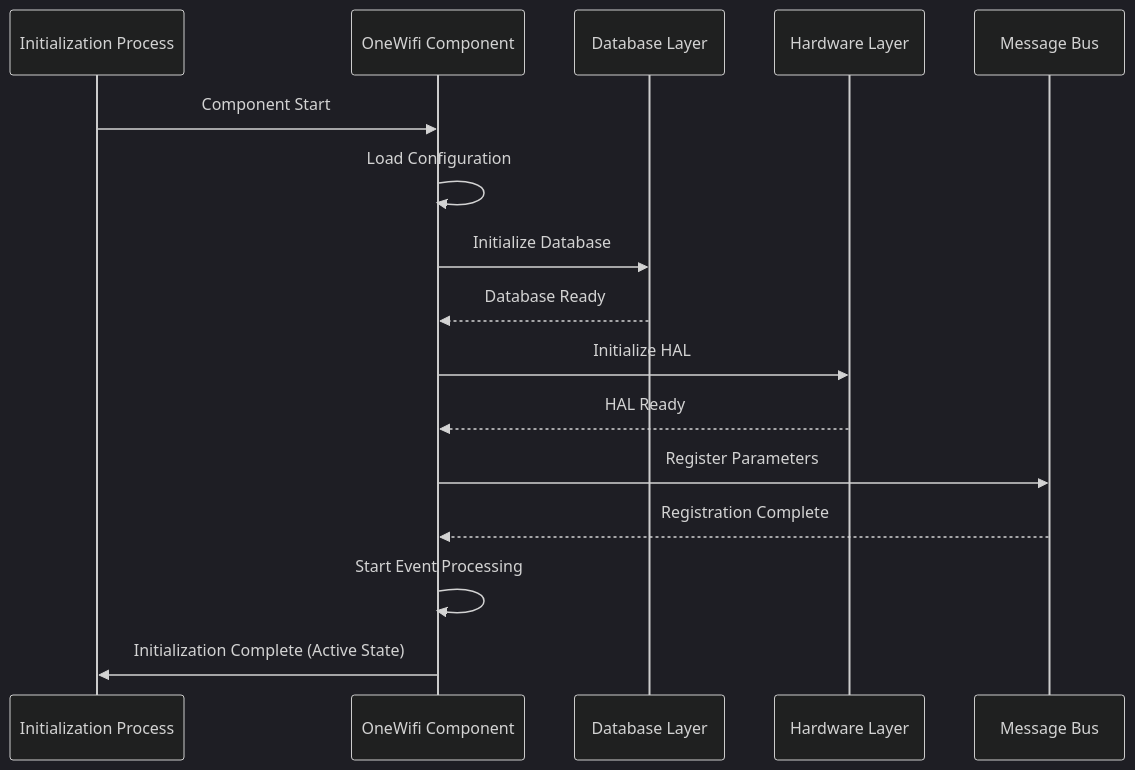
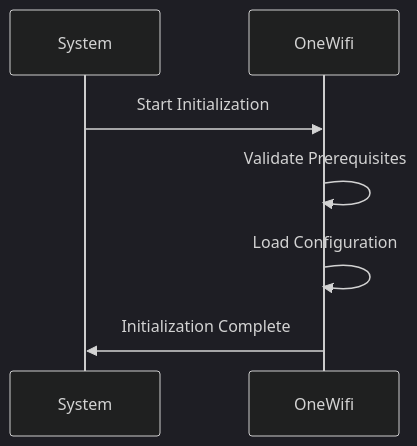
The second of 4 diagrams in docs/docu/dec17/onewifi.md (rns21/RDK_Documentation), drawn with Mermaid (dark theme) before and after one commit. The commit also changed other lines of this file and 9 other files, not shown here.

````diff
--- a/docs/docu/dec17/onewifi.md
+++ b/docs/docu/dec17/onewifi.md
@@ -286,19 +97,9 @@
 ```mermaid
 sequenceDiagram
-    participant Init as Initialization Process
-    participant Comp as OneWifi Component
-    participant DB as Database Layer
-    participant HAL as Hardware Layer
-    participant Bus as Message Bus
-    
-    Init->>Comp: Component Start
-    Comp->>Comp: Load Configuration
-    Comp->>DB: Initialize Database
-    DB-->>Comp: Database Ready
-    Comp->>HAL: Initialize HAL
-    HAL-->>Comp: HAL Ready
-    Comp->>Bus: Register Parameters
-    Bus-->>Comp: Registration Complete
-    Comp->>Comp: Start Event Processing
-    Comp->>Init: Initialization Complete (Active State)
+    participant System
+    participant OneWifi
+    System->>OneWifi: Start Initialization
+    OneWifi->>OneWifi: Validate Prerequisites
+    OneWifi->>OneWifi: Load Configuration
+    OneWifi->>System: Initialization Complete
 ```
````
